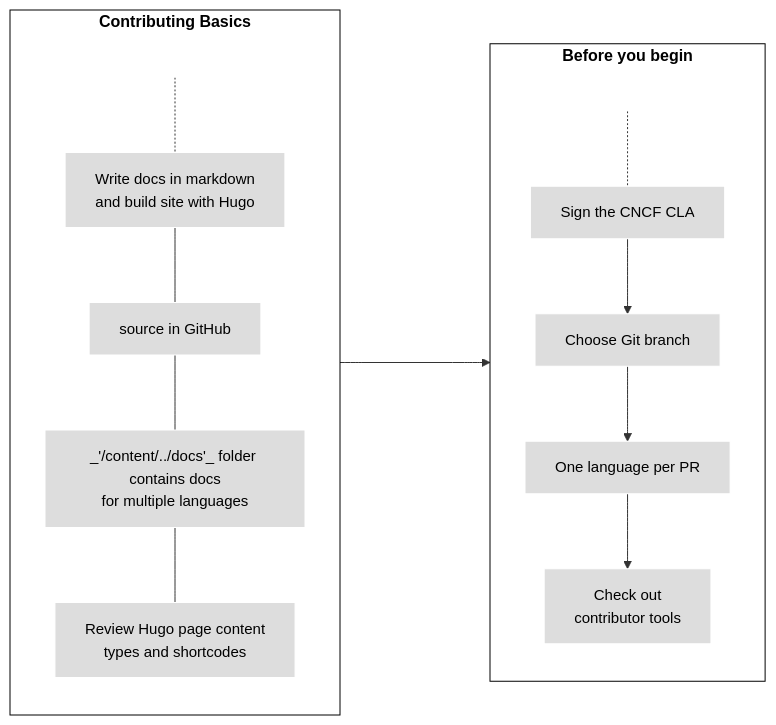
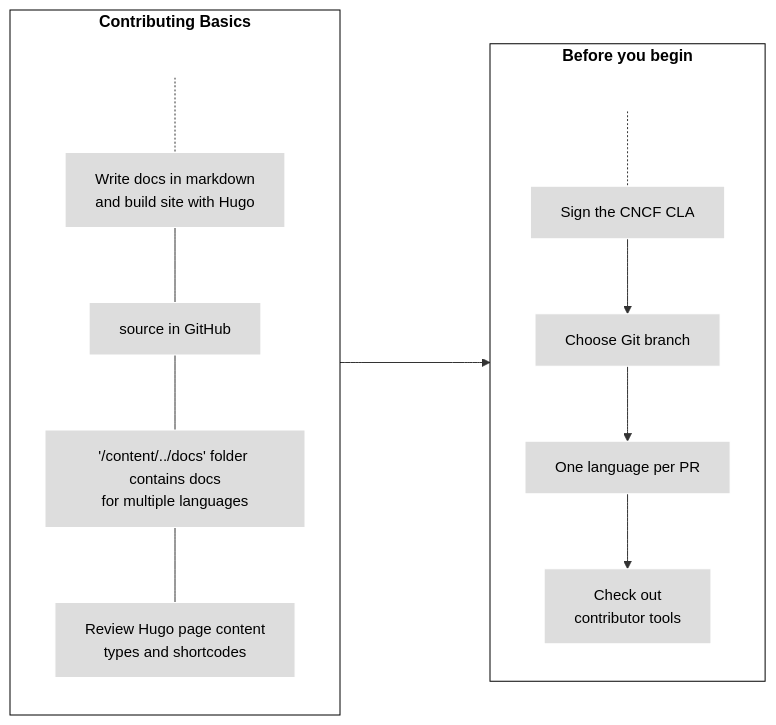
The diagram in content/en/docs/contribute/new-content/_index.md (KimSJ15/kubernetes_website), drawn with Mermaid before and after one commit.

Commit message:
removed the italics

```diff
--- a/content/en/docs/contribute/new-content/_index.md
+++ b/content/en/docs/contribute/new-content/_index.md
@@ -17,28 +17,28 @@
 {{< mermaid >}}
 flowchart LR 
     subgraph second[Before you begin]
     direction TB
     S[ ] -.-
     A[Sign the CNCF CLA] --> B[Choose Git branch]
     B --> C[One language per PR]
     C --> F[Check out<br>contributor tools]
     end
     subgraph first[Contributing Basics]
     direction TB
        T[ ] -.-
        D[Write docs in markdown<br>and build site with Hugo] --- E[source in GitHub]
-       E --- G[_'/content/../docs'_ folder contains docs<br>for multiple languages]
+       E --- G['/content/../docs' folder contains docs<br>for multiple languages]
        G --- H[Review Hugo page content<br>types and shortcodes]
     end
     
 
     first ----> second
      
 
 classDef grey fill:#dddddd,stroke:#ffffff,stroke-width:px,color:#000000, font-size:15px;
 classDef white fill:#ffffff,stroke:#000,stroke-width:px,color:#000,font-weight:bold
 classDef spacewhite fill:#ffffff,stroke:#fff,stroke-width:0px,color:#000
 class A,B,C,D,E,F,G,H grey
 class S,T spacewhite
 class first,second white
 {{</ mermaid >}}
```
